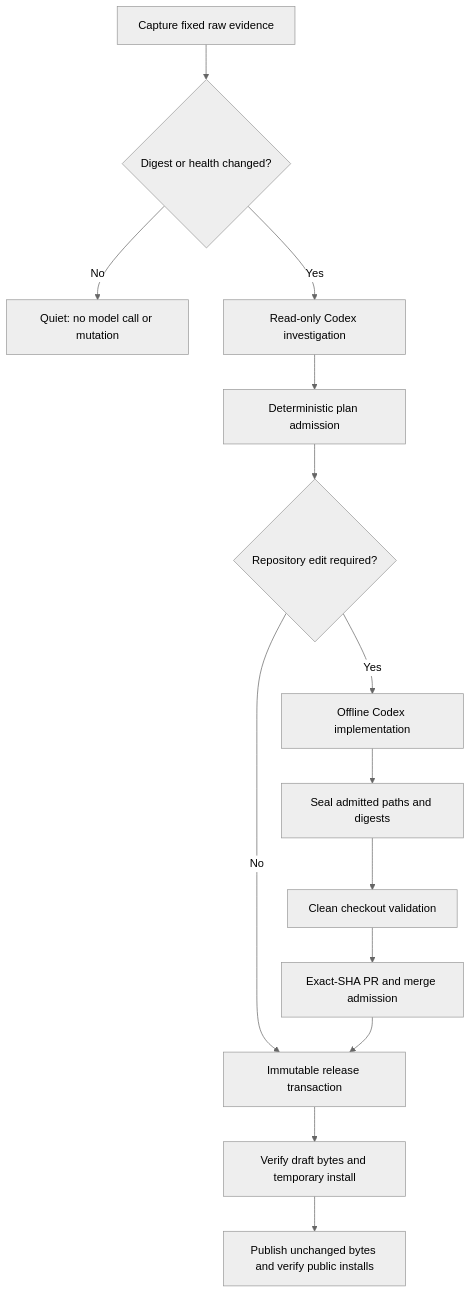
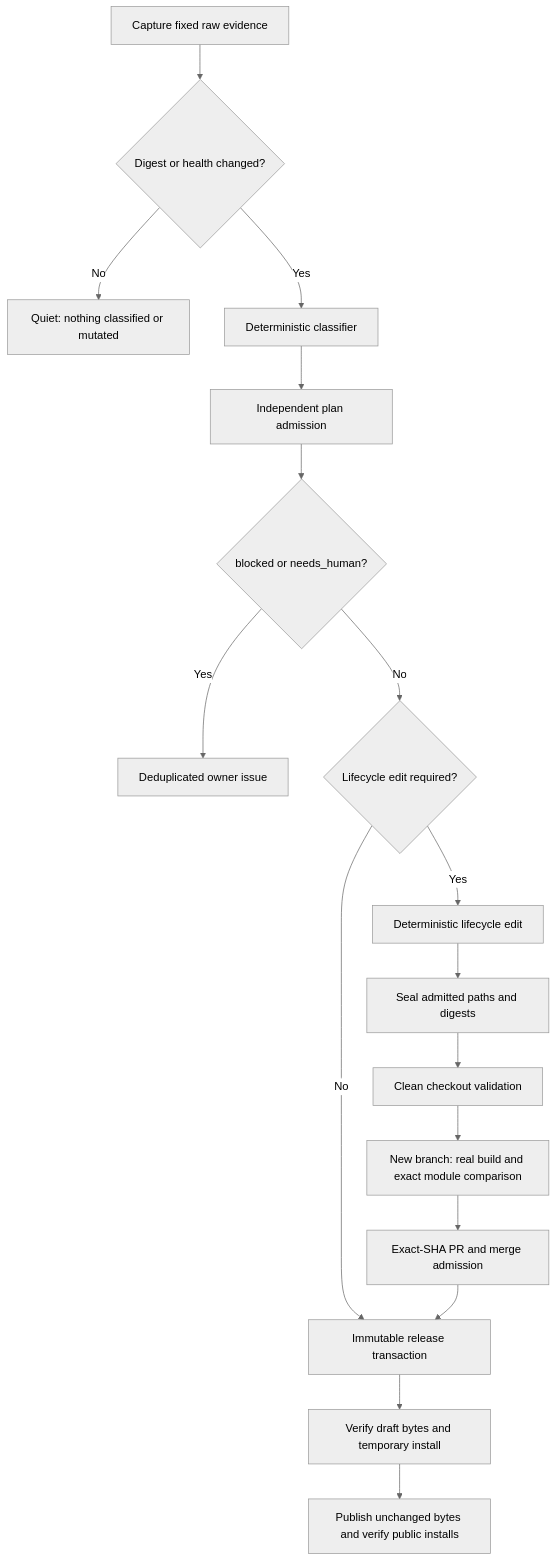
One commit to Bigpixelrocket/php-bin changed the first of 2 diagrams in AUTORELEASE.md. Above: the diagram before and after it, drawn with Mermaid (neutral theme). The commit also changed other lines of this file and 40 other files, not shown here.

First line of the commit message:
feat(autorelease): replace the Codex agent with a deterministic classifier (#137)

````diff
--- a/AUTORELEASE.md
+++ b/AUTORELEASE.md
@@ -63,16 +109,19 @@
 ```mermaid
 flowchart TD
   capture["Capture fixed raw evidence"] --> changed{"Digest or health changed?"}
-  changed -- "No" --> quiet["Quiet: no model call or mutation"]
-  changed -- "Yes" --> investigate["Read-only Codex investigation"]
-  investigate --> admit["Deterministic plan admission"]
-  admit --> edit{"Repository edit required?"}
-  edit -- "Yes" --> implement["Offline Codex implementation"]
+  changed -- "No" --> quiet["Quiet: nothing classified or mutated"]
+  changed -- "Yes" --> classify["Deterministic classifier"]
+  classify --> admit["Independent plan admission"]
+  admit --> stop{"blocked or needs_human?"}
+  stop -- "Yes" --> issue["Deduplicated owner issue"]
+  stop -- "No" --> edit{"Lifecycle edit required?"}
+  edit -- "Yes" --> implement["Deterministic lifecycle edit"]
   implement --> seal["Seal admitted paths and digests"]
   seal --> validate["Clean checkout validation"]
-  validate --> merge["Exact-SHA PR and merge admission"]
+  validate --> build["New branch: real build and exact module comparison"]
+  build --> merge["Exact-SHA PR and merge admission"]
   edit -- "No" --> release
   merge --> release["Immutable release transaction"]
   release --> draft["Verify draft bytes and temporary install"]
   draft --> public["Publish unchanged bytes and verify public installs"]
 ```
````
